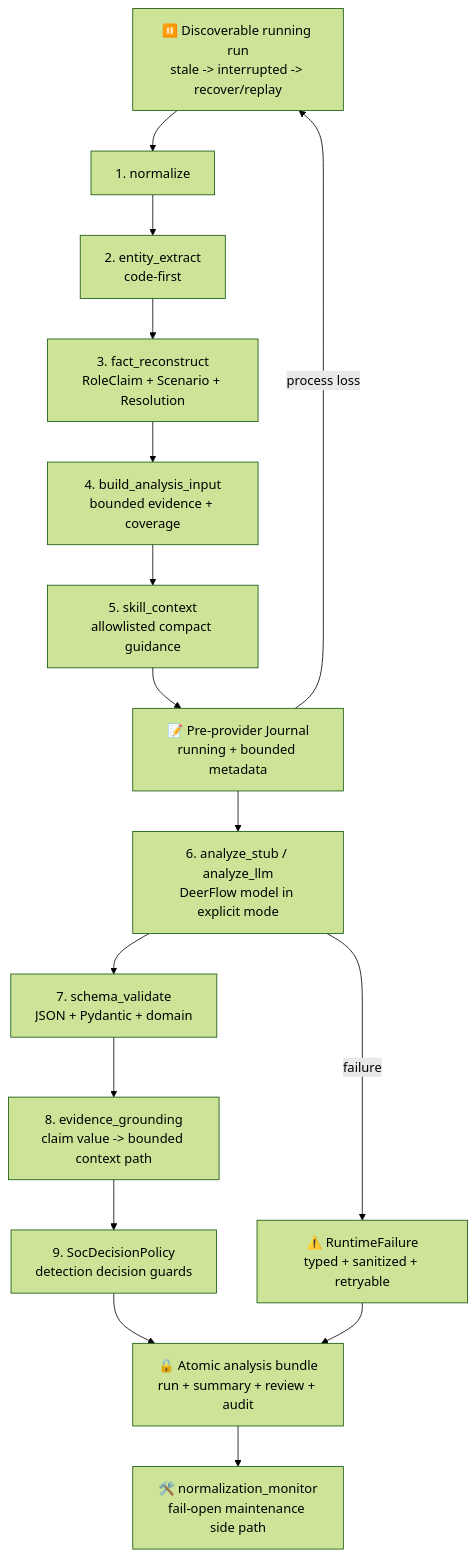
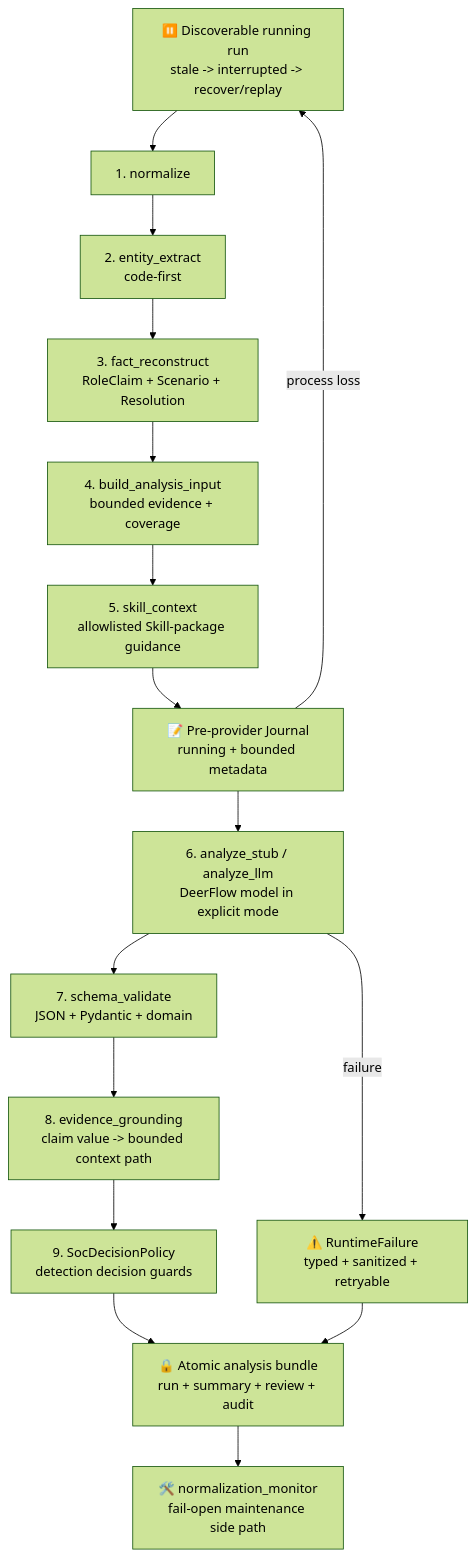
One commit to yydspanda/deer-flow changed the fourth of 15 diagrams in .notes/ai_soc/soc-agent-solution.md. Above: the diagram before and after it, drawn with Mermaid (forest theme). The commit also changed other lines of this file and 68 other files, not shown here.

````diff
--- a/.notes/ai_soc/soc-agent-solution.md
+++ b/.notes/ai_soc/soc-agent-solution.md
@@ -306,18 +306,18 @@
 ```mermaid
 flowchart TD
     I["🧾 Raw Alert Payload"] --> N["1. normalize"]
     N --> X["2. entity_extract<br/>code-first"]
     X --> F["3. fact_reconstruct<br/>RoleClaim + Scenario + Resolution"]
     F --> B["4. build_analysis_input<br/>bounded evidence + coverage"]
-    B --> S["5. skill_context<br/>allowlisted compact guidance"]
+    B --> S["5. skill_context<br/>allowlisted Skill-package guidance"]
     S --> J["📝 Pre-provider Journal<br/>running + bounded metadata"]
     J --> L["6. analyze_stub / analyze_llm<br/>DeerFlow model in explicit mode"]
     L --> V["7. schema_validate<br/>JSON + Pydantic + domain"]
     V --> G["8. evidence_grounding<br/>claim value -> bounded context path"]
     G --> R["9. SocDecisionPolicy<br/>detection decision guards"]
     R --> P["🔒 Atomic analysis bundle<br/>run + summary + review + audit"]
     L -->|failure| E["⚠️ RuntimeFailure<br/>typed + sanitized + retryable"]
     E --> P
     J -->|process loss| I["⏸️ Discoverable running run<br/>stale -> interrupted -> recover/replay"]
     P --> M["🛠️ normalization_monitor<br/>fail-open maintenance side path"]
 ```
````
